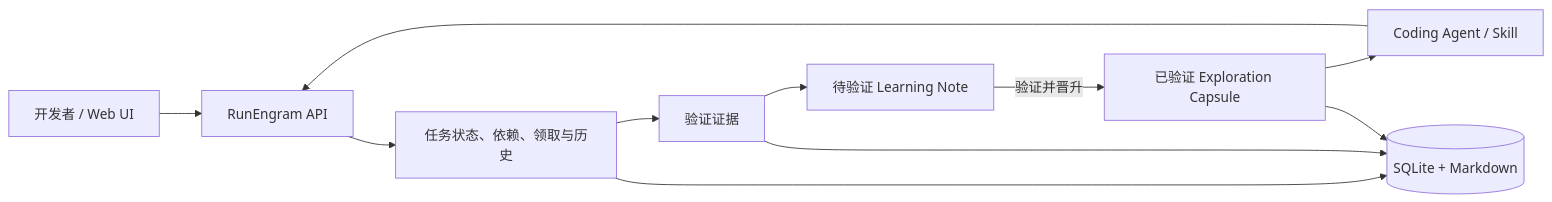
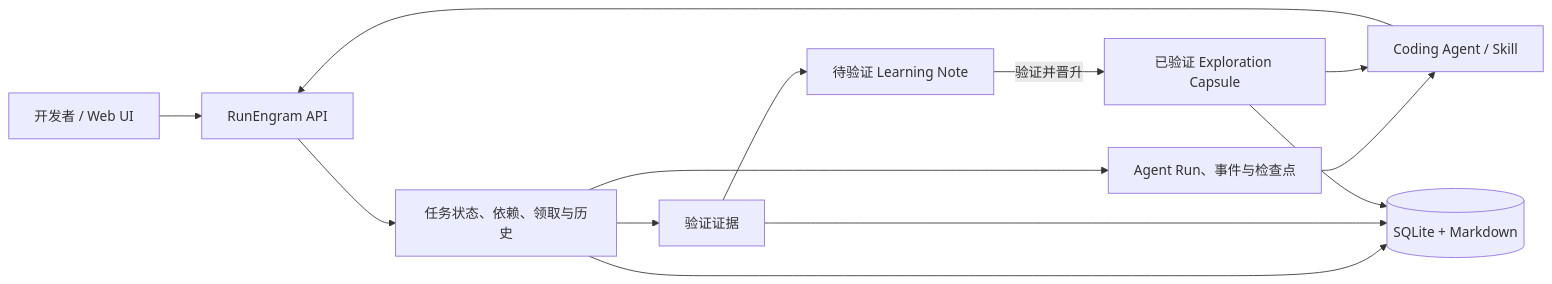
Before and after one commit to MoonTseng/RunEngram: the second of 2 diagrams in README.zh-CN.md, drawn with Mermaid. The commit also changed other lines of this file and 43 other files, not shown here.

````diff
--- a/README.zh-CN.md
+++ b/README.zh-CN.md
@@ -277,22 +314,25 @@
 ```mermaid
 flowchart LR
     Human["开发者 / Web UI"]
     Agent["Coding Agent / Skill"]
     API["RunEngram API"]
     Task["任务状态、依赖、领取与历史"]
+    Run["Agent Run、事件与检查点"]
     Evidence["验证证据"]
     Candidate["待验证 Learning Note"]
     Learning["已验证 Exploration Capsule"]
     Store[("SQLite + Markdown")]
 
     Human --> API
     Agent --> API
     API --> Task
+    Task --> Run
+    Run --> Agent
     Task --> Evidence
     Evidence --> Candidate
     Candidate -->|"验证并晋升"| Learning
     Learning --> Agent
     Task --> Store
     Evidence --> Store
     Learning --> Store
 ```
````
